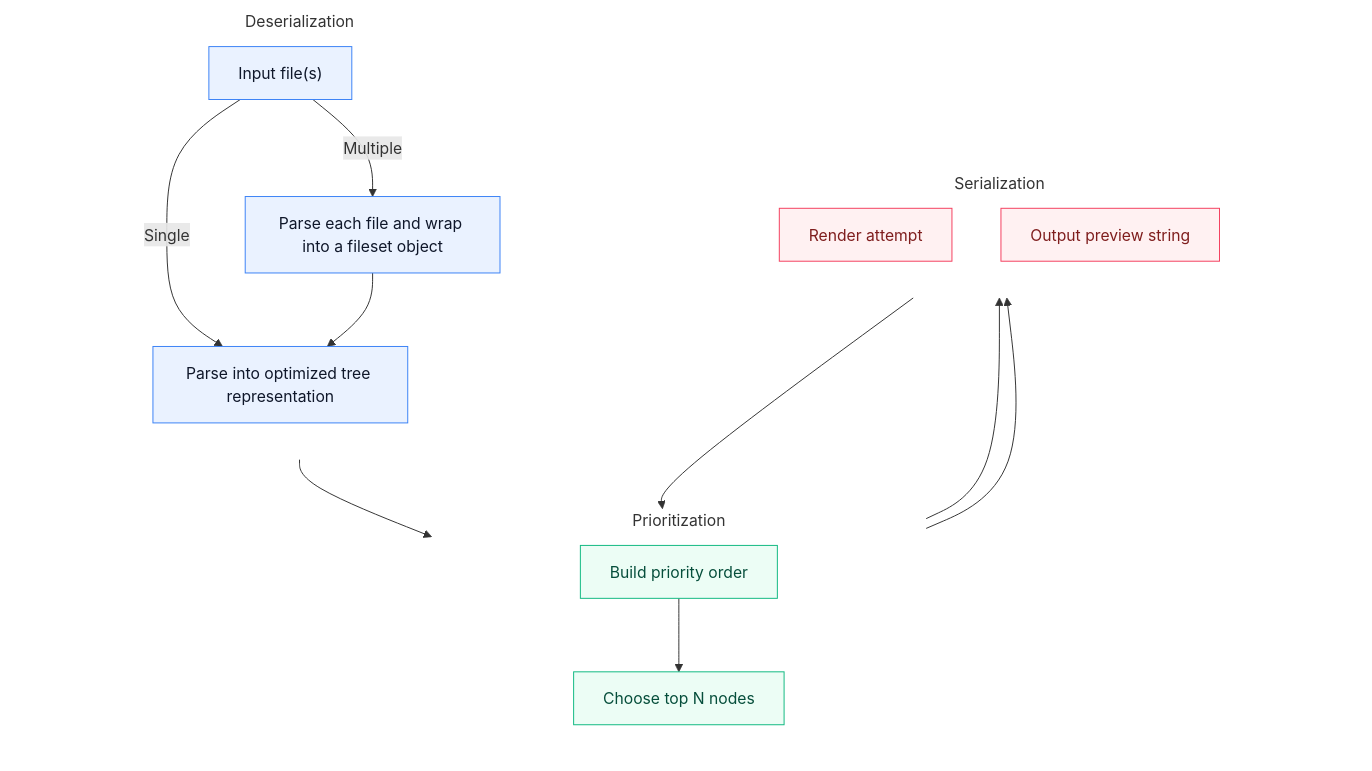
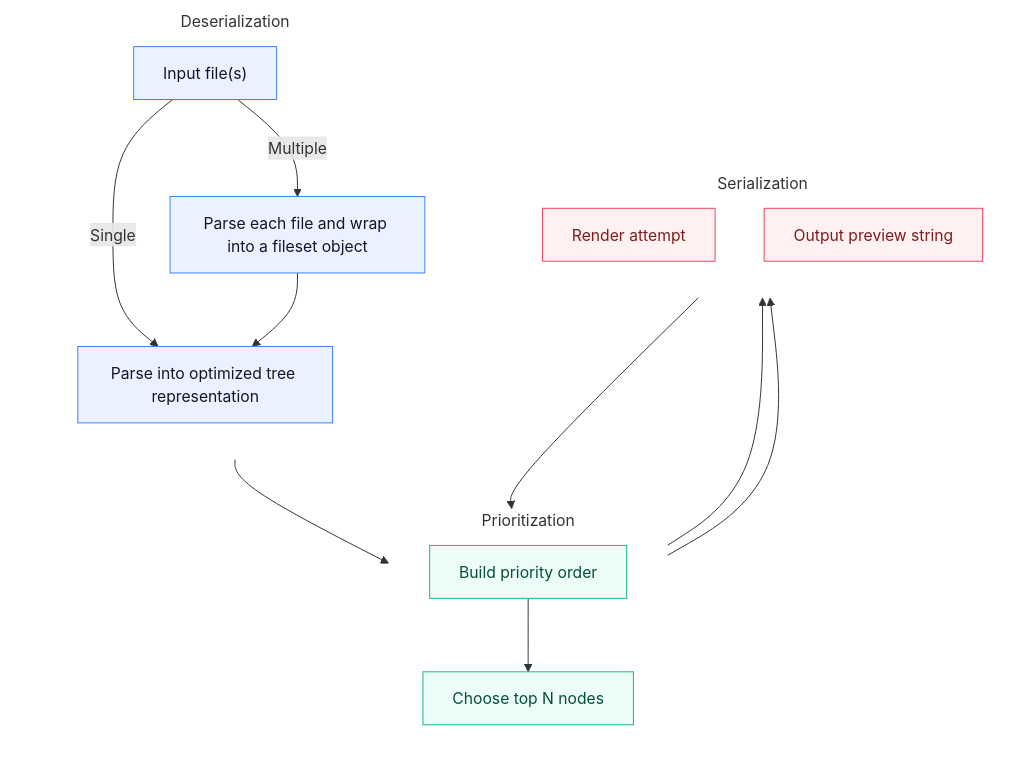
The diagram in README.md (kantord/headson), drawn with Mermaid before and after one commit.

````diff
--- a/README.md
+++ b/README.md
@@ -153,42 +153,36 @@
 ```mermaid
+%%{init: {"themeCSS": ".cluster > rect { fill: transparent; stroke: transparent; } .clusterLabel > text { font-size: 16px; font-weight: 600; } .clusterLabel span { padding: 6px 10px; font-size: 16px; font-weight: 600; }"}}%%
 flowchart TD
     subgraph Deserialization
         direction TB
-        ZD1[" "]:::spacer
         A["Input file(s)"]
         A -- Single --> C["Parse into optimized tree representation"]
         A -- Multiple --> D["Parse each file and wrap into a fileset object"]
         D --> C
-        ZD2[" "]:::spacer
     end
     subgraph Prioritization
         direction TB
-        ZP1[" "]:::spacer
         E["Build priority order"]
         F["Choose top N nodes"]
-        ZP2[" "]:::spacer
     end
     subgraph Serialization
         direction TB
-        ZS1[" "]:::spacer
         G["Render attempt"]
         H["Output preview string"]
-        ZS2[" "]:::spacer
     end
     C --> E
     E --> F
     F --> G
     G --> F
     F --> H
     %% Color classes for categories
     classDef des fill:#eaf2ff,stroke:#3b82f6,stroke-width:1px,color:#0f172a;
     classDef prio fill:#ecfdf5,stroke:#10b981,stroke-width:1px,color:#064e3b;
     classDef ser fill:#fff1f2,stroke:#f43f5e,stroke-width:1px,color:#7f1d1d;
-    classDef spacer fill:transparent,stroke:transparent,stroke-width:0px;
     class A,C,D des;
     class E,F prio;
     class G,H ser;
     style Deserialization fill:transparent,stroke:transparent
     style Prioritization fill:transparent,stroke:transparent
     style Serialization fill:transparent,stroke:transparent
 ```
````
